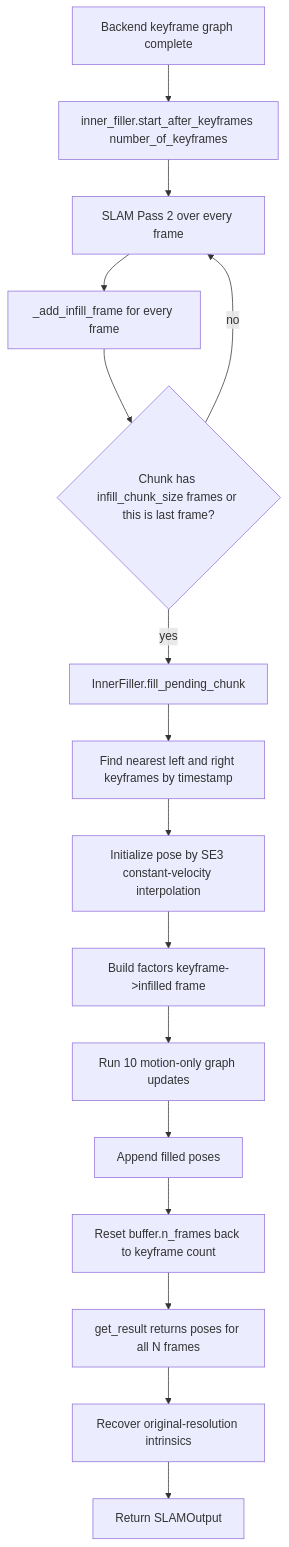
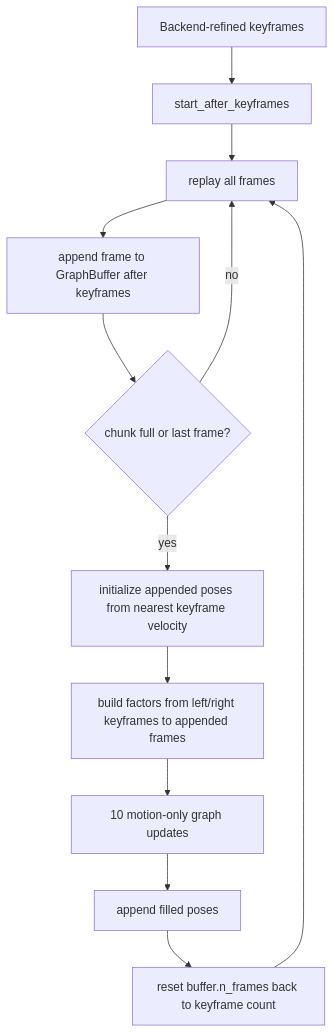
Before and after one commit to sadanand1120/vipe: the fifth of 6 diagrams in fullexplain.md, drawn with Mermaid. The commit also changed other lines of this file and 28 other files, not shown here.

````diff
--- a/fullexplain.md
+++ b/fullexplain.md
@@ -1650,18 +650,14 @@
 ```mermaid
 flowchart TD
-    A[Backend keyframe graph complete] --> B[inner_filler.start_after_keyframes number_of_keyframes]
-    B --> C[SLAM Pass 2 over every frame]
-    C --> D[_add_infill_frame for every frame]
-    D --> E{Chunk has infill_chunk_size frames or this is last frame?}
+    A[Backend-refined keyframes] --> B[start_after_keyframes]
+    B --> C[replay all frames]
+    C --> D[append frame to GraphBuffer after keyframes]
+    D --> E{chunk full or last frame?}
     E -->|no| C
-    E -->|yes| F[InnerFiller.fill_pending_chunk]
-    F --> G[Find nearest left and right keyframes by timestamp]
-    G --> H[Initialize pose by SE3 constant-velocity interpolation]
-    H --> I[Build factors keyframe->infilled frame]
-    I --> J[Run 10 motion-only graph updates]
-    J --> K[Append filled poses]
-    K --> L[Reset buffer.n_frames back to keyframe count]
-    L --> M[get_result returns poses for all N frames]
-    M --> N[Recover original-resolution intrinsics]
-    N --> O[Return SLAMOutput]
+    E -->|yes| F[initialize appended poses from nearest keyframe velocity]
+    F --> G[build factors from left/right keyframes to appended frames]
+    G --> H[10 motion-only graph updates]
+    H --> I[append filled poses]
+    I --> J[reset buffer.n_frames back to keyframe count]
+    J --> C
 ```
````
